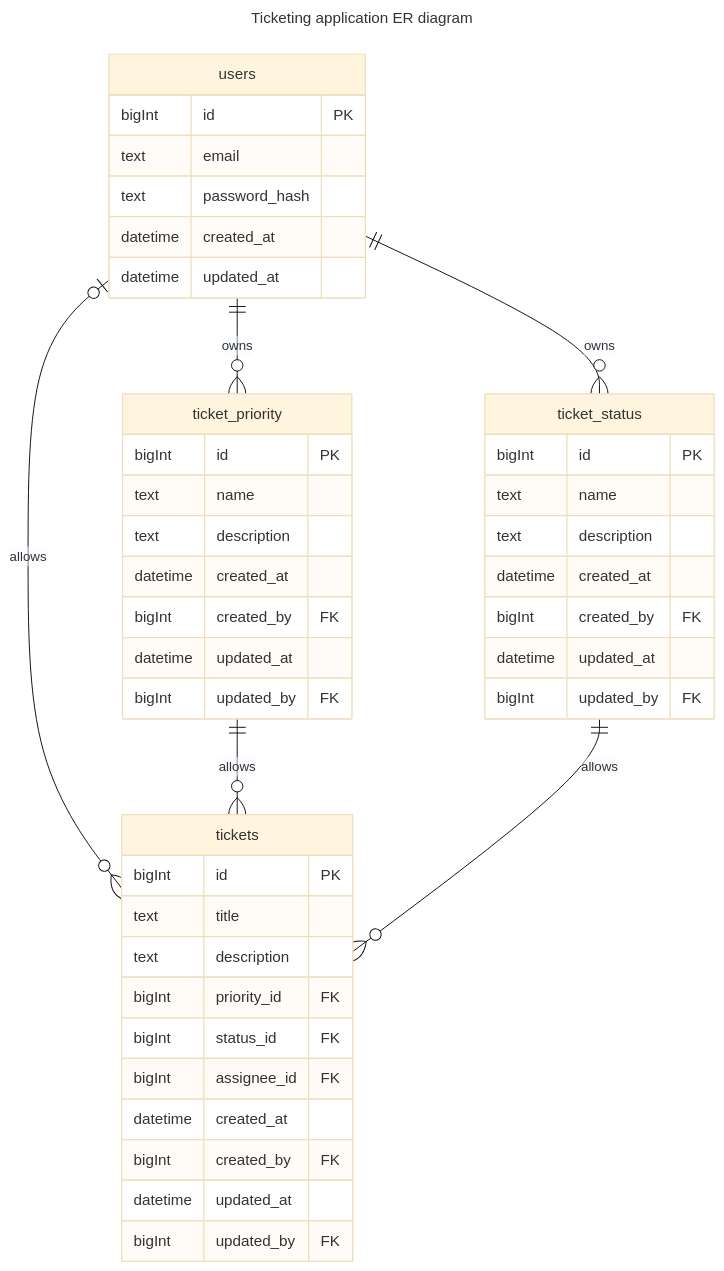
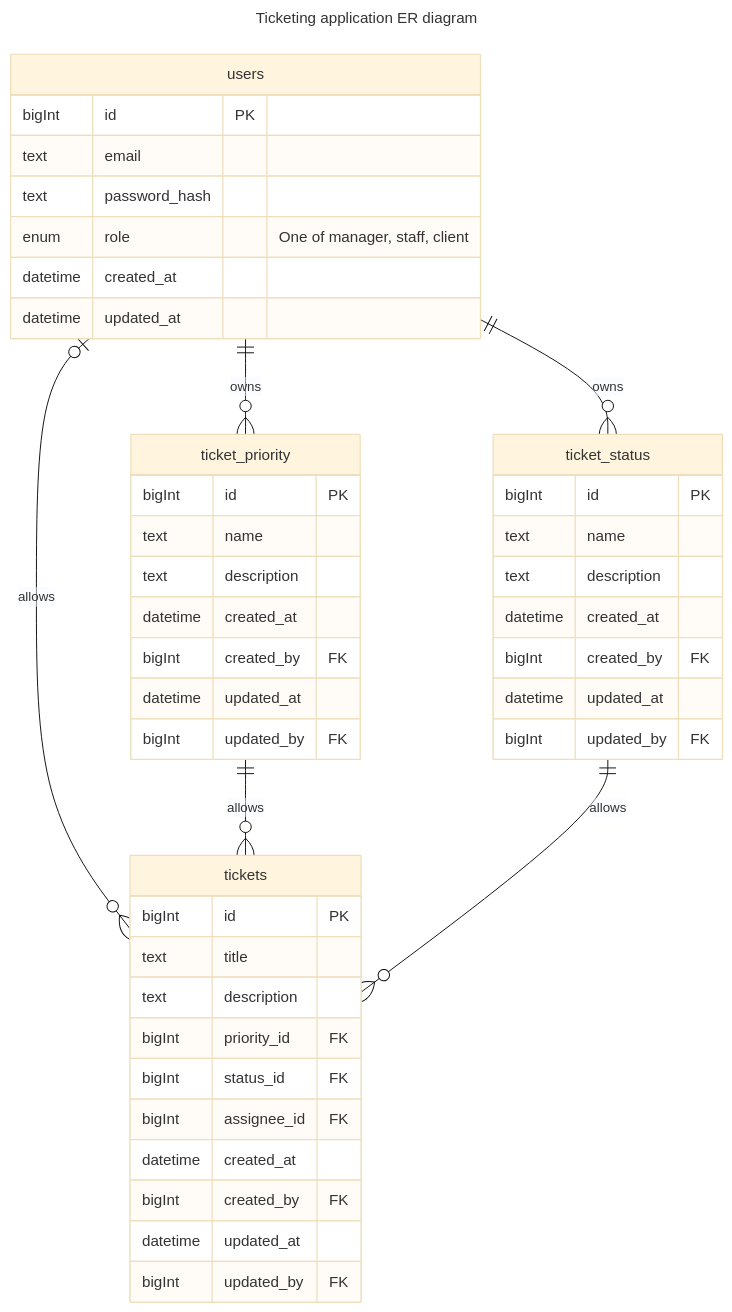
The diagram in README.md (NoonDaySun-Programming-Pty-Ltd/support-tickets), drawn with Mermaid (base theme) before and after one commit.

Commit message:
Adds role field to users table

````diff
--- a/README.md
+++ b/README.md
@@ -18,48 +18,49 @@
 ```mermaid
 ---
 title: Ticketing application ER diagram
 ---
 erDiagram
     users {
         bigInt id PK
         text email
         text password_hash
+        enum role "One of manager, staff, client"
         datetime created_at
         datetime updated_at
     }
     users |o--o{ tickets : allows
     users ||--o{ ticket_priority : owns
     users ||--o{ ticket_status : owns
     tickets {
         bigInt id PK
         text title
         text description
         bigInt priority_id FK
         bigInt status_id FK
         bigInt assignee_id FK
         datetime created_at
         bigInt created_by FK
         datetime updated_at
         bigInt updated_by FK
     }
     ticket_priority ||--o{ tickets : allows
     ticket_status ||--o{ tickets : allows
     ticket_priority {
         bigInt id PK
         text name
         text description
         datetime created_at
         bigInt created_by FK
         datetime updated_at
         bigInt updated_by FK
     }
     ticket_status {
         bigInt id PK
         text name
         text description
         datetime created_at
         bigInt created_by FK
         datetime updated_at
         bigInt updated_by FK
     }
 ```
````
